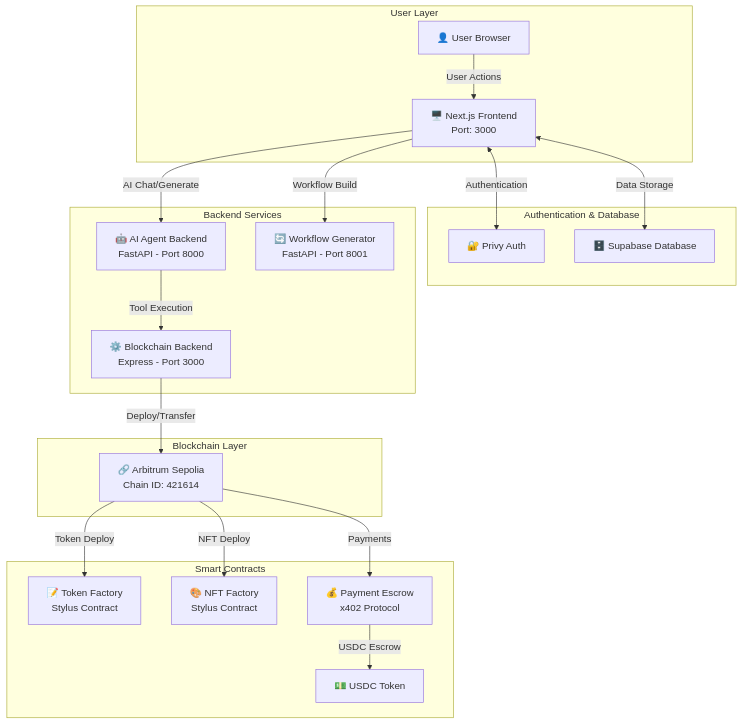
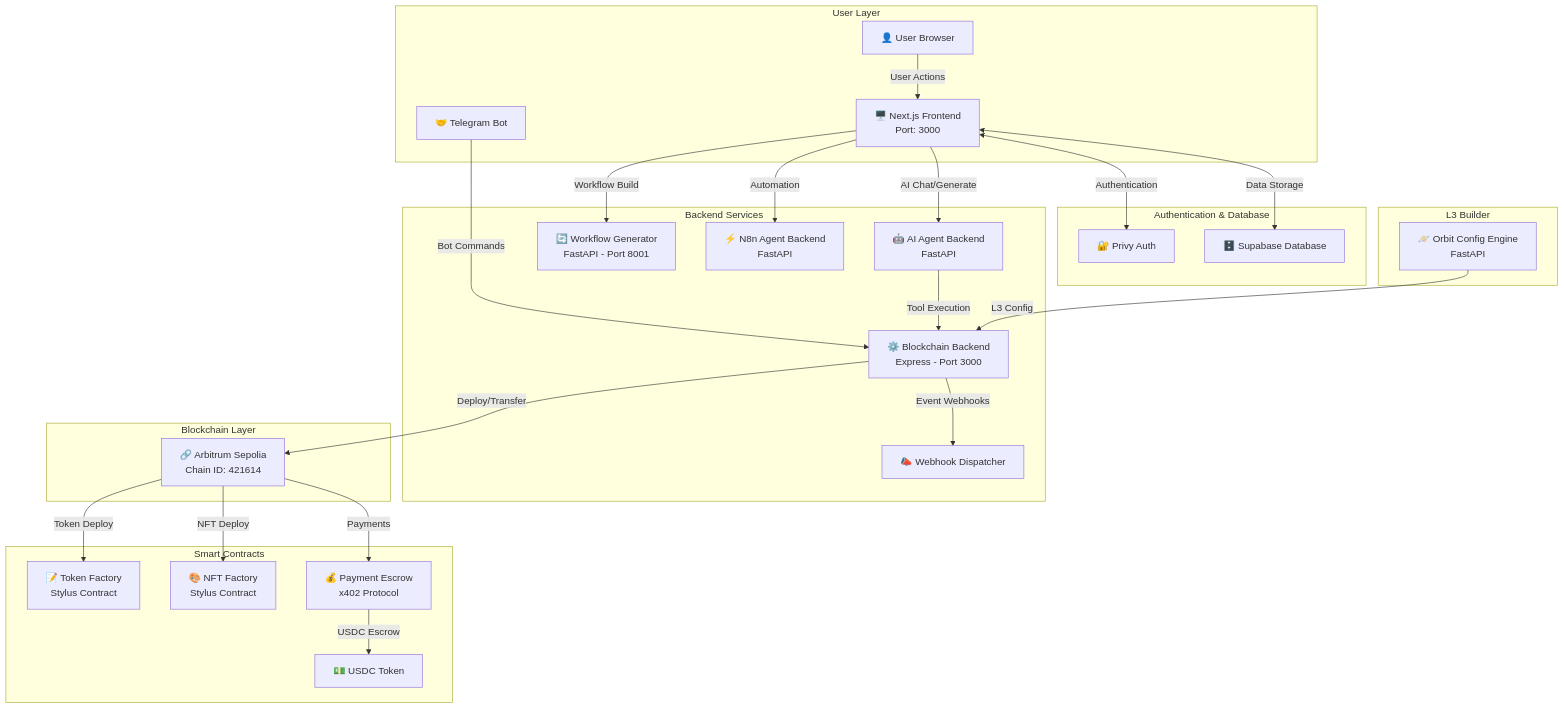
One commit to lviffy/BlockOPs changed the first of 2 diagrams in README.md. Above: the diagram before and after it, drawn with Mermaid. The commit also changed other lines of this file and 6 other files, not shown here.

````diff
--- a/README.md
+++ b/README.md
@@ -84,41 +89,52 @@
 ```mermaid
 graph TB
     subgraph "User Layer"
-        U[👤 User Browser]
-        UI[🖥️ Next.js Frontend<br/>Port: 3000]
+  U[👤 User Browser]
+  UI[🖥️ Next.js Frontend<br/>Port: 3000]
+  TG[🤝 Telegram Bot]
     end
     
     subgraph "Authentication & Database"
         PRIVY[🔐 Privy Auth]
         SUPA[🗄️ Supabase Database]
     end
     
     subgraph "Backend Services"
-        AI[🤖 AI Agent Backend<br/>FastAPI - Port 8000]
+        AI[🤖 AI Agent Backend<br/>FastAPI]
         BK[⚙️ Blockchain Backend<br/>Express - Port 3000]
         WF[🔄 Workflow Generator<br/>FastAPI - Port 8001]
+        N8N[⚡ N8n Agent Backend<br/>FastAPI]
+        WBK[📣 Webhook Dispatcher]
+    end
+
+    subgraph "L3 Builder"
+        ORB[🪐 Orbit Config Engine<br/>FastAPI]
     end
     
     subgraph "Blockchain Layer"
         ARB[🔗 Arbitrum Sepolia<br/>Chain ID: 421614]
     end
     
     subgraph "Smart Contracts"
         TF[📝 Token Factory<br/>Stylus Contract]
         NF[🎨 NFT Factory<br/>Stylus Contract]
         PE[💰 Payment Escrow<br/>x402 Protocol]
         USDC[💵 USDC Token]
     end
     
     U -->|User Actions| UI
     UI <-->|Authentication| PRIVY
     UI <-->|Data Storage| SUPA
     UI -->|AI Chat/Generate| AI
     UI -->|Workflow Build| WF
+    UI -->|Automation| N8N
+    TG -->|Bot Commands| BK
     AI -->|Tool Execution| BK
+    BK -->|Event Webhooks| WBK
     BK -->|Deploy/Transfer| ARB
     ARB -->|Token Deploy| TF
     ARB -->|NFT Deploy| NF
     ARB -->|Payments| PE
+    ORB -->|L3 Config| BK
     PE -->|USDC Escrow| USDC
 ```
````
